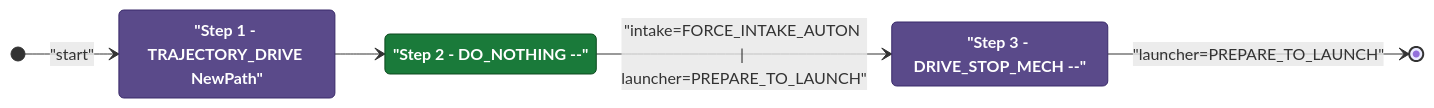
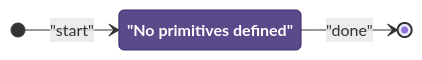
The diagram in documents/auton/BlueDefaultFile.md (Team302/2026Rebuilt), drawn with Mermaid before and after one commit. The commit also changed other lines of this file and 55 other files, not shown here.

First line of the commit message:
docs(auton): regenerate Mermaid diagrams [skip ci]

````diff
--- a/documents/auton/BlueDefaultFile.md
+++ b/documents/auton/BlueDefaultFile.md
@@ -8,21 +8,15 @@
 ```mermaid
 stateDiagram-v2
     direction LR
 
     %% Green = intake active, Purple = intake off
     classDef intake  fill:#1a7a3a,color:#ffffff,stroke:#0d4a1f,font-weight:bold
     classDef noIntake fill:#5a4a8a,color:#ffffff,stroke:#3a2a6a,font-weight:bold
 
-    Step1 : "Step 1 - TRAJECTORY_DRIVE NewPath"
-    Step2 : "Step 2 - DO_NOTHING --"
-    Step3 : "Step 3 - DRIVE_STOP_MECH --"
 
-    class Step1 noIntake
-    class Step2 intake
-    class Step3 noIntake
 
-    [*] --> Step1 : "start"
-    Step1 --> Step2
-    Step2 --> Step3: "intake=FORCE_INTAKE_AUTON | launcher=PREPARE_TO_LAUNCH"
-    Step3 --> [*]: "launcher=PREPARE_TO_LAUNCH"
+    Empty : "No primitives defined"
+    class Empty noIntake
+    [*] --> Empty : "start"
+    Empty --> [*] : "done"
 ```
````
